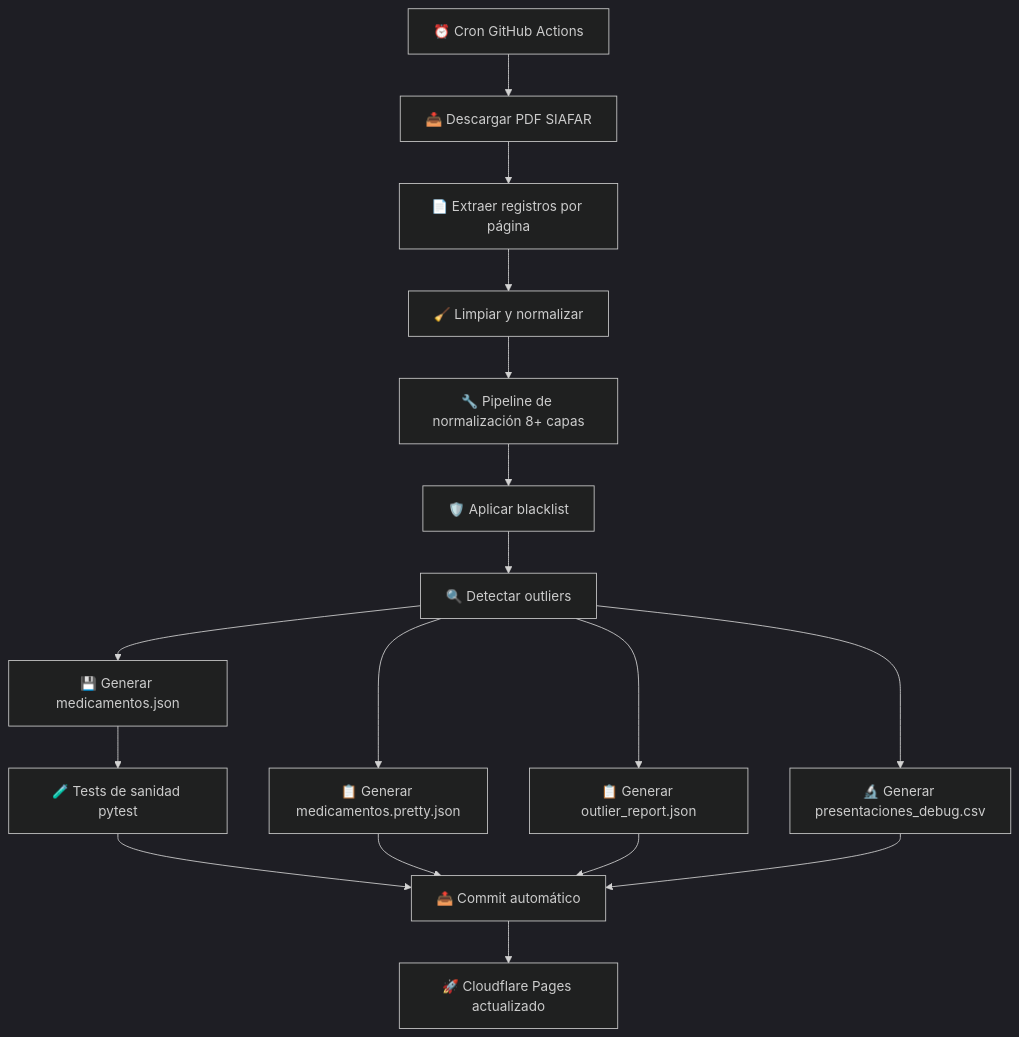
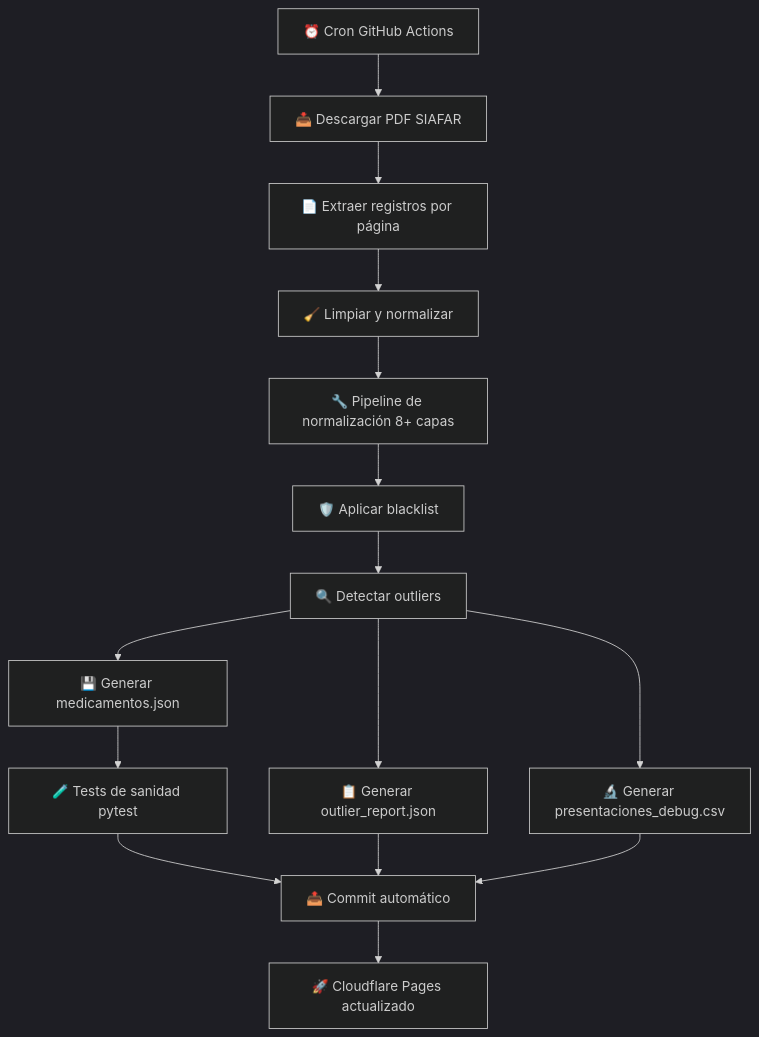
The second of 9 diagrams in README.md (psbella/remediar), drawn with Mermaid (dark theme) before and after one commit. The commit also changed other lines of this file, not shown here.

````diff
--- a/README.md
+++ b/README.md
@@ -286,35 +286,32 @@
 ```mermaid
 flowchart TD
 
     A[⏰ Cron GitHub Actions]
     B[📥 Descargar PDF SIAFAR]
     C[📄 Extraer registros por página]
     D[🧹 Limpiar y normalizar]
     N1[🔧 Pipeline de normalización 8+ capas]
     BL[🛡️ Aplicar blacklist]
     E[🔍 Detectar outliers]
     F[💾 Generar medicamentos.json]
-    FP[📋 Generar medicamentos.pretty.json]
     R[📋 Generar outlier_report.json]
     CSV[🔬 Generar presentaciones_debug.csv]
     T[🧪 Tests de sanidad pytest]
     H[📤 Commit automático]
     I[🚀 Cloudflare Pages actualizado]
 
     A --> B
     B --> C
     C --> D
     D --> N1
     N1 --> BL
     BL --> E
     E --> F
-    E --> FP
     E --> R
     E --> CSV
     F --> T
     T --> H
-    FP --> H
     R --> H
     CSV --> H
     H --> I
 ```
````
